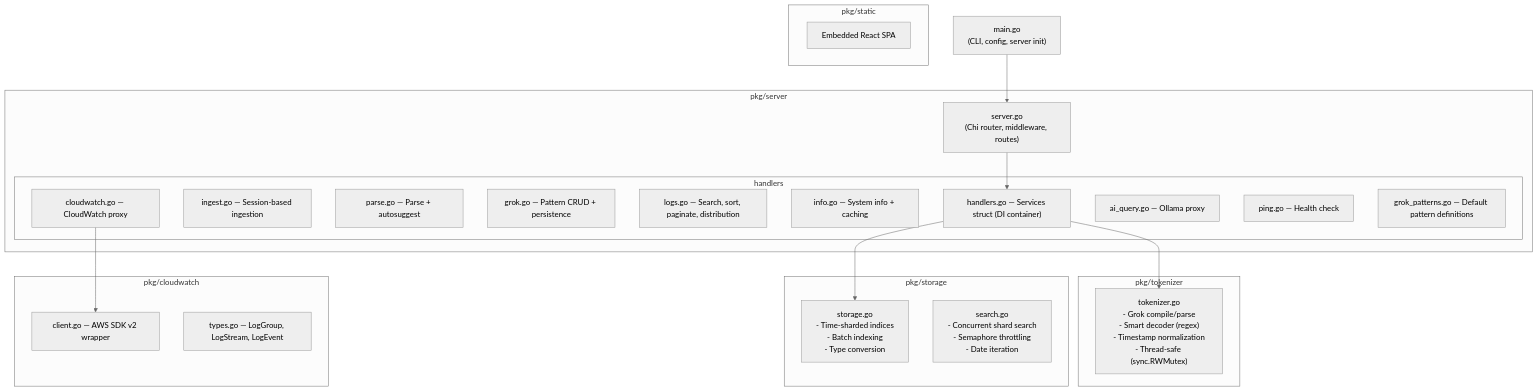
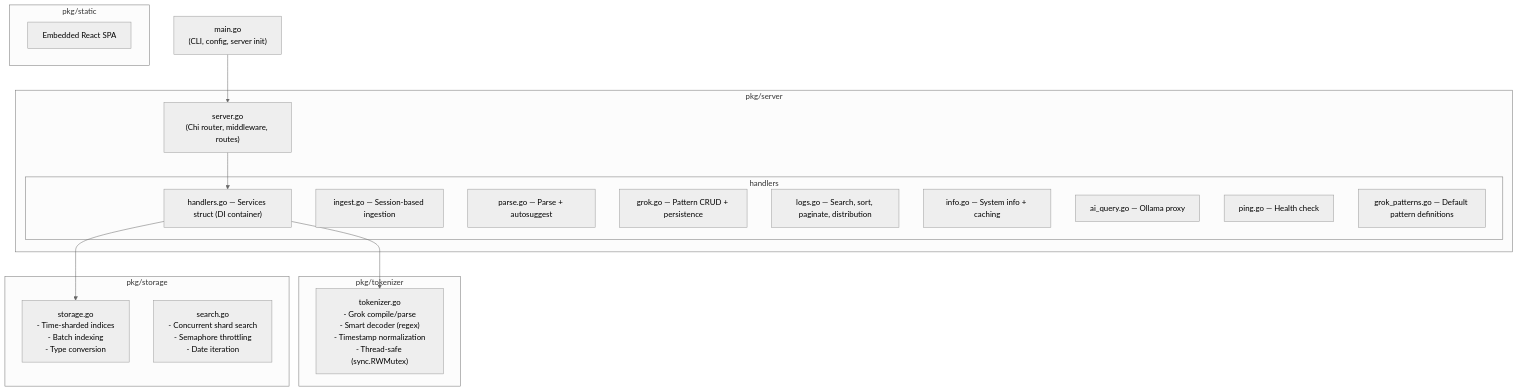
One commit to logsonic/logsonic changed the eighth of 9 diagrams in docs/System_Architecture.md. Above: the diagram before and after it, drawn with Mermaid (neutral theme). The commit also changed other lines of this file and 39 other files, not shown here.

````diff
--- a/docs/System_Architecture.md
+++ b/docs/System_Architecture.md
@@ -517,44 +455,37 @@
 ```mermaid
 graph TB
     Main["main.go<br/>(CLI, config, server init)"]
     
     subgraph "pkg/server"
         Server["server.go<br/>(Chi router, middleware, routes)"]
         subgraph "handlers"
             H_Handlers["handlers.go — Services struct (DI container)"]
             H_Ingest["ingest.go — Session-based ingestion"]
             H_Parse["parse.go — Parse + autosuggest"]
             H_Grok["grok.go — Pattern CRUD + persistence"]
             H_Logs["logs.go — Search, sort, paginate, distribution"]
             H_Info["info.go — System info + caching"]
-            H_CW["cloudwatch.go — CloudWatch proxy"]
             H_AI["ai_query.go — Ollama proxy"]
             H_Ping["ping.go — Health check"]
             H_GrokPat["grok_patterns.go — Default pattern definitions"]
         end
     end
     
     subgraph "pkg/tokenizer"
         Tok["tokenizer.go<br/>- Grok compile/parse<br/>- Smart decoder (regex)<br/>- Timestamp normalization<br/>- Thread-safe (sync.RWMutex)"]
     end
     
     subgraph "pkg/storage"
         Store["storage.go<br/>- Time-sharded indices<br/>- Batch indexing<br/>- Type conversion"]
         Search_Go["search.go<br/>- Concurrent shard search<br/>- Semaphore throttling<br/>- Date iteration"]
     end
     
-    subgraph "pkg/cloudwatch"
-        CWClient["client.go — AWS SDK v2 wrapper"]
-        CWTypes["types.go — LogGroup, LogStream, LogEvent"]
-    end
-    
     subgraph "pkg/static"
         Embed["Embedded React SPA"]
     end
     
     Main --> Server
     Server --> H_Handlers
     H_Handlers --> Tok
     H_Handlers --> Store
-    H_CW --> CWClient
 ```
````
